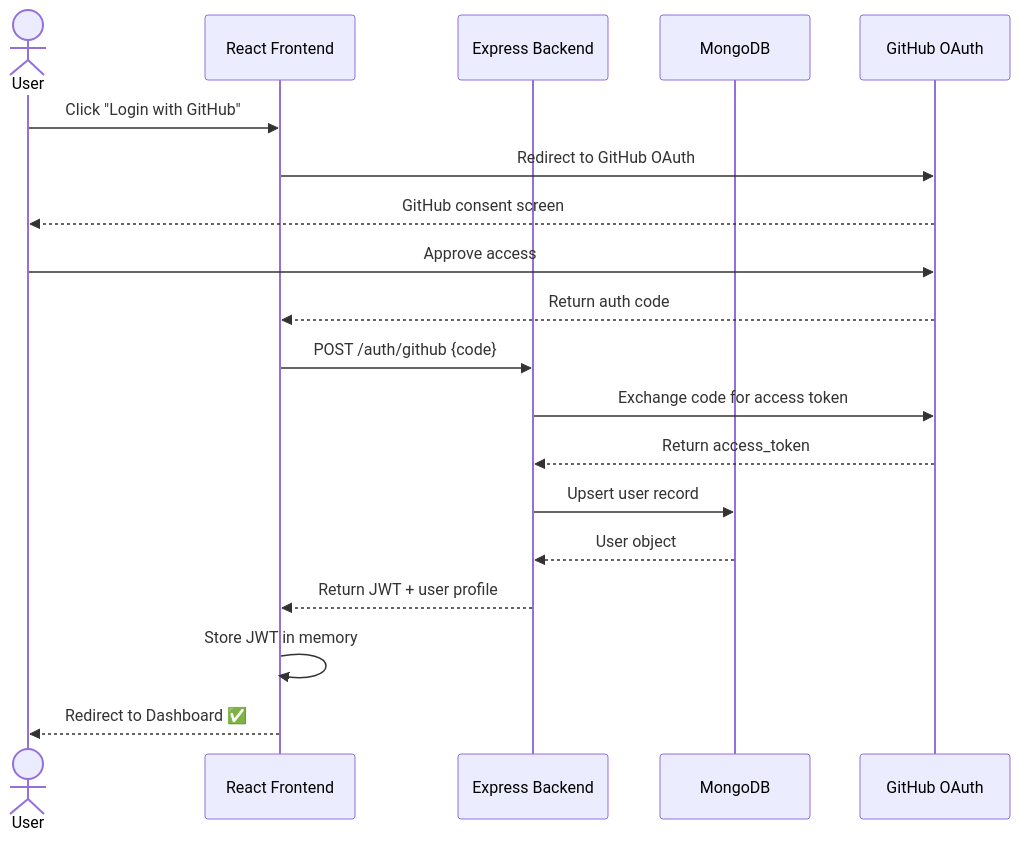
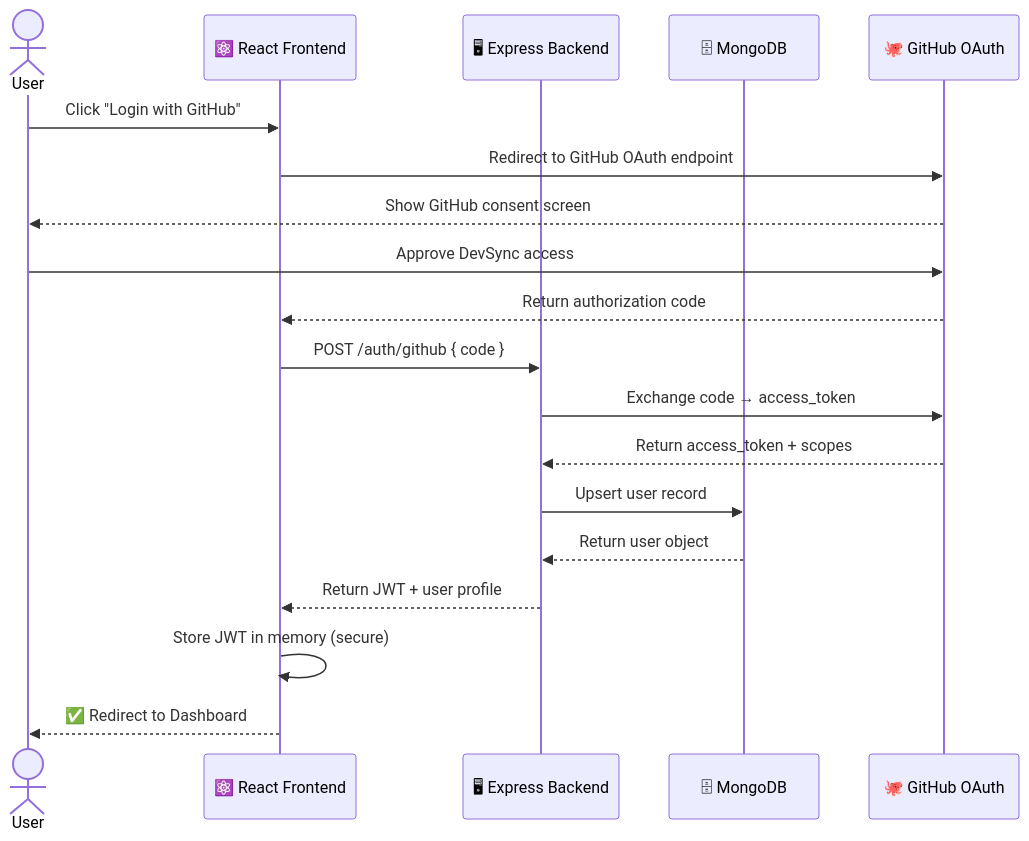
One commit to Akshatsrii/Auto-Environment-Sync-Platform changed the third of 5 diagrams in README.md. Above: the diagram before and after it, drawn with Mermaid. The commit also changed other lines of this file, not shown here.

````diff
--- a/README.md
+++ b/README.md
@@ -139,22 +268,22 @@
 ```mermaid
 sequenceDiagram
     actor User
-    participant UI as React Frontend
-    participant API as Express Backend
-    participant DB as MongoDB
-    participant GH as GitHub OAuth
+    participant UI as ⚛️ React Frontend
+    participant API as 🖥 Express Backend
+    participant DB as 🗄 MongoDB
+    participant GH as 🐙 GitHub OAuth
 
     User->>UI: Click "Login with GitHub"
-    UI->>GH: Redirect to GitHub OAuth
-    GH-->>User: GitHub consent screen
-    User->>GH: Approve access
-    GH-->>UI: Return auth code
-    UI->>API: POST /auth/github {code}
-    API->>GH: Exchange code for access token
-    GH-->>API: Return access_token
+    UI->>GH: Redirect to GitHub OAuth endpoint
+    GH-->>User: Show GitHub consent screen
+    User->>GH: Approve DevSync access
+    GH-->>UI: Return authorization code
+    UI->>API: POST /auth/github { code }
+    API->>GH: Exchange code → access_token
+    GH-->>API: Return access_token + scopes
     API->>DB: Upsert user record
-    DB-->>API: User object
+    DB-->>API: Return user object
     API-->>UI: Return JWT + user profile
-    UI->>UI: Store JWT in memory
-    UI-->>User: Redirect to Dashboard ✅
+    UI->>UI: Store JWT in memory (secure)
+    UI-->>User: ✅ Redirect to Dashboard
 ```
````
